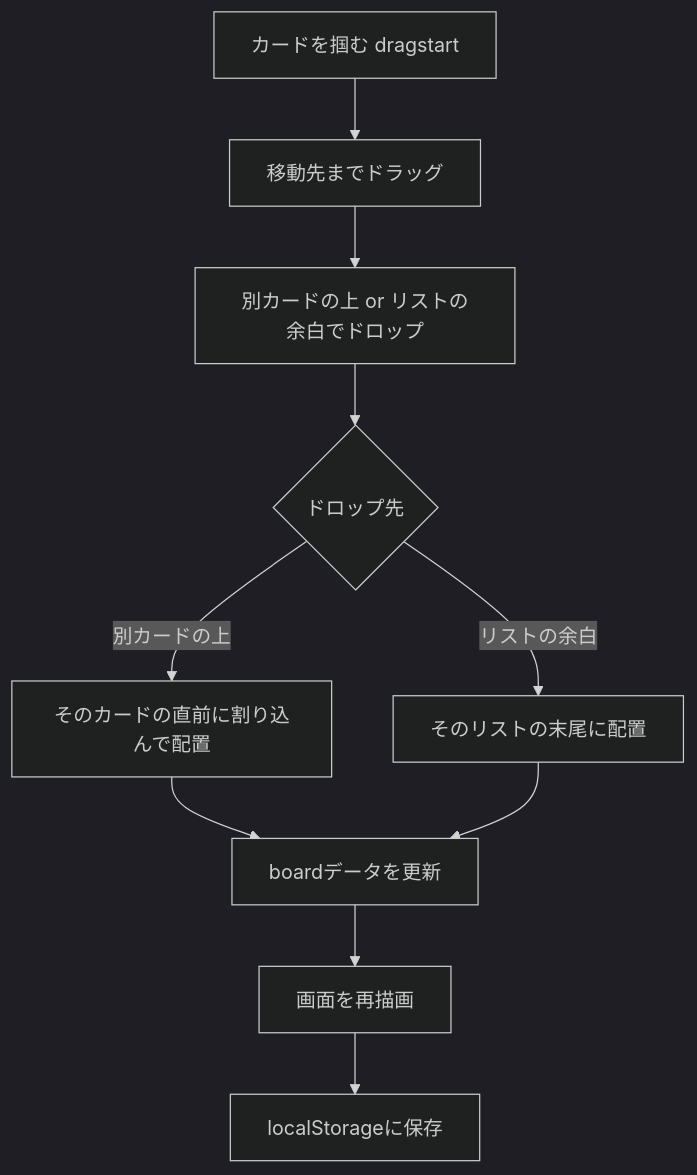
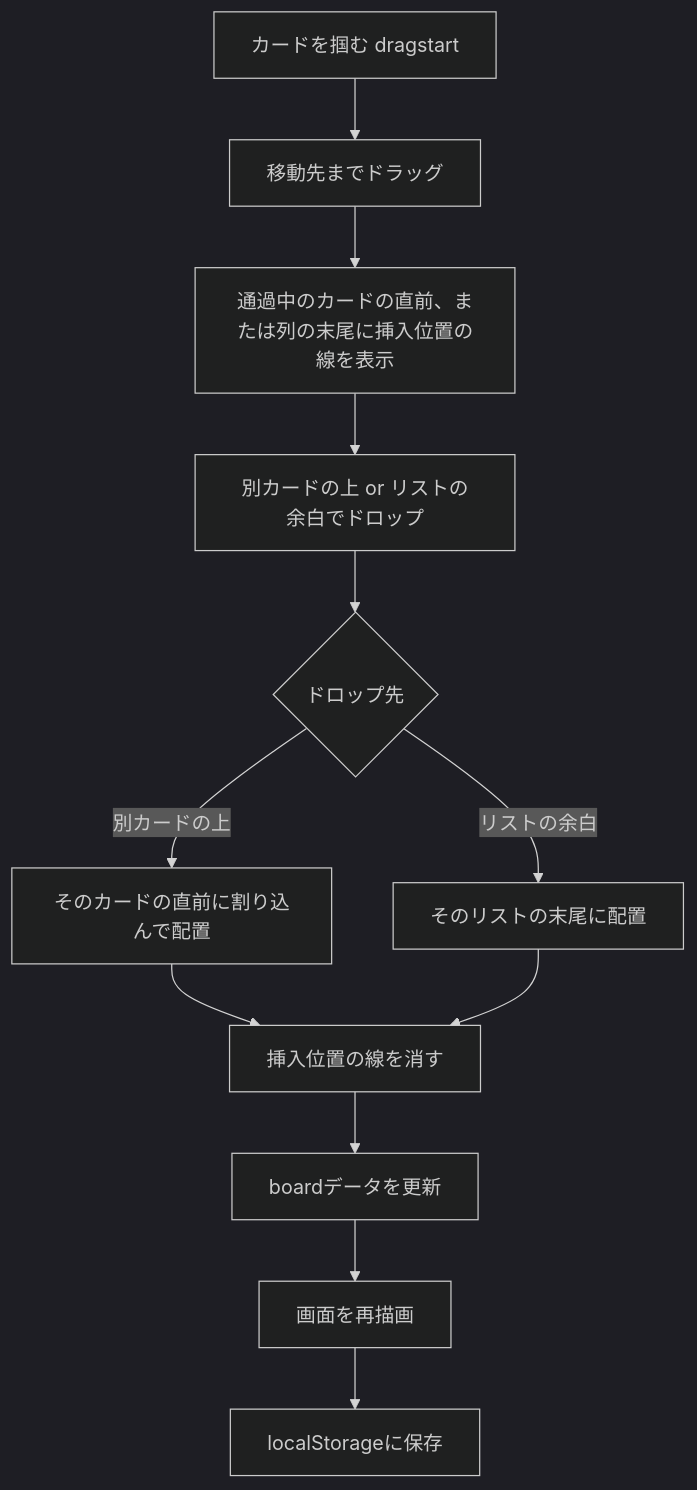
One commit to ibubu7777777-ux/TaskManagement changed the sixth of 6 diagrams in docs/画面設計.md. Above: the diagram before and after it, drawn with Mermaid (dark theme). The commit also changed other lines of this file and 7 other files, not shown here.

````diff
--- a/docs/画面設計.md
+++ b/docs/画面設計.md
@@ -76,12 +102,14 @@
 ```mermaid
 flowchart TD
     A[カードを掴む dragstart] --> B[移動先までドラッグ]
-    B --> C[別カードの上 or リストの余白でドロップ]
-    C --> D{ドロップ先}
-    D -- 別カードの上 --> E[そのカードの直前に割り込んで配置]
-    D -- リストの余白 --> F[そのリストの末尾に配置]
-    E --> G[boardデータを更新]
-    F --> G
-    G --> H[画面を再描画]
-    H --> I[localStorageに保存]
+    B --> C[通過中のカードの直前、または列の末尾に挿入位置の線を表示]
+    C --> D[別カードの上 or リストの余白でドロップ]
+    D --> E{ドロップ先}
+    E -- 別カードの上 --> F[そのカードの直前に割り込んで配置]
+    E -- リストの余白 --> G[そのリストの末尾に配置]
+    F --> H[挿入位置の線を消す]
+    G --> H
+    H --> I[boardデータを更新]
+    I --> J[画面を再描画]
+    J --> K[localStorageに保存]
 ```
````
